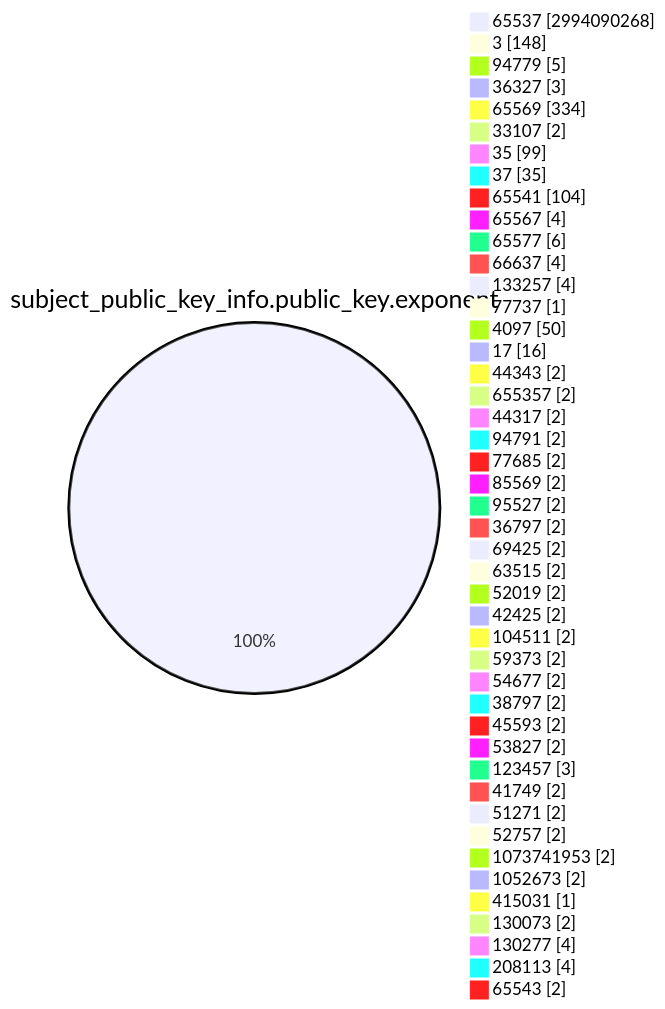
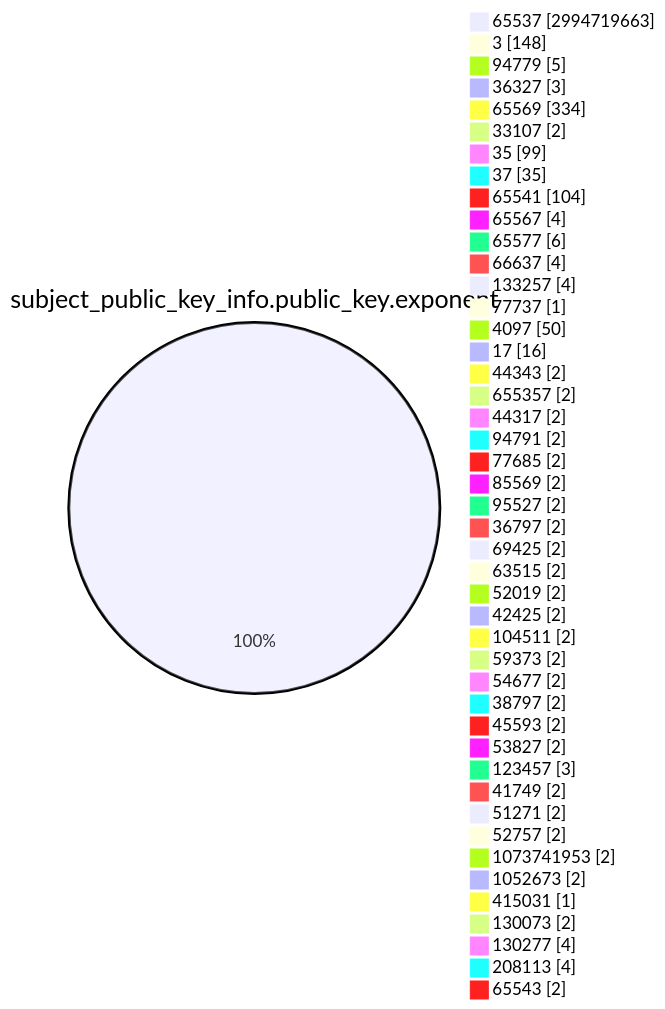
The fourth of 15 diagrams in TOTAL/README.md (christiankrug/ctmonitor_visualization), drawn with Mermaid before and after one commit. The commit also changed other lines of this file, not shown here.

````diff
--- a/TOTAL/README.md
+++ b/TOTAL/README.md
@@ -1472,49 +1472,49 @@
 ```mermaid
 pie showData
 title subject_public_key_info.public_key.exponent
-"65537" :2994090268
+"65537" :2994719663
 "3" :148
 "94779" :5
 "36327" :3
 "65569" :334
 "33107" :2
 "35" :99
 "37" :35
 "65541" :104
 "65567" :4
 "65577" :6
 "66637" :4
 "133257" :4
 "77737" :1
 "4097" :50
 "17" :16
 "44343" :2
 "655357" :2
 "44317" :2
 "94791" :2
 "77685" :2
 "85569" :2
 "95527" :2
 "36797" :2
 "69425" :2
 "63515" :2
 "52019" :2
 "42425" :2
 "104511" :2
 "59373" :2
 "54677" :2
 "38797" :2
 "45593" :2
 "53827" :2
 "123457" :3
 "41749" :2
 "51271" :2
 "52757" :2
 "1073741953" :2
 "1052673" :2
 "415031" :1
 "130073" :2
 "130277" :4
 "208113" :4
 "65543" :2
 ```
````
